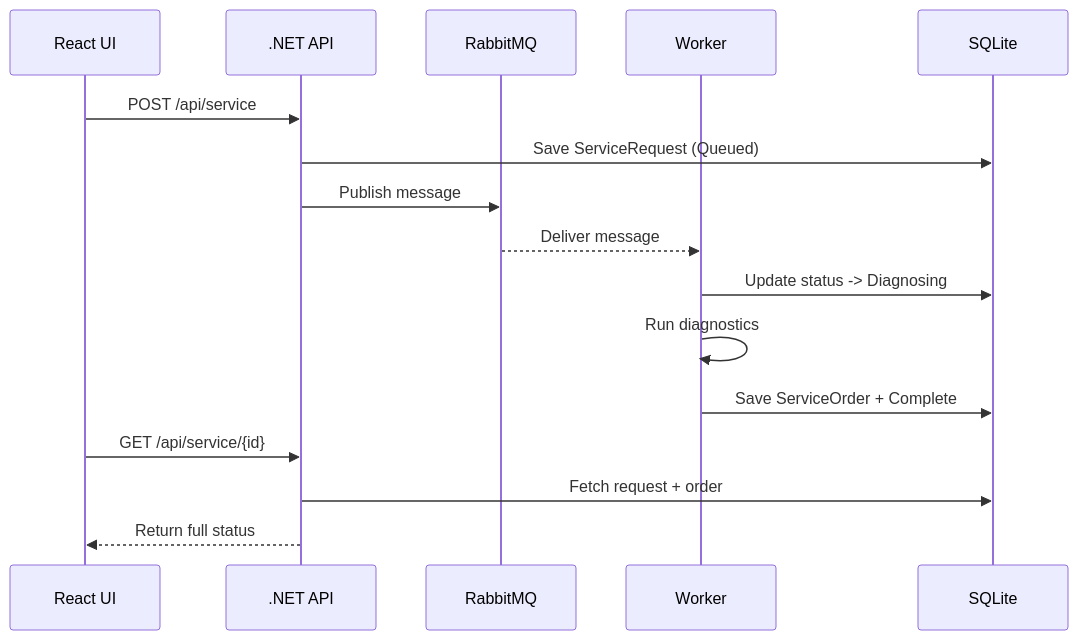
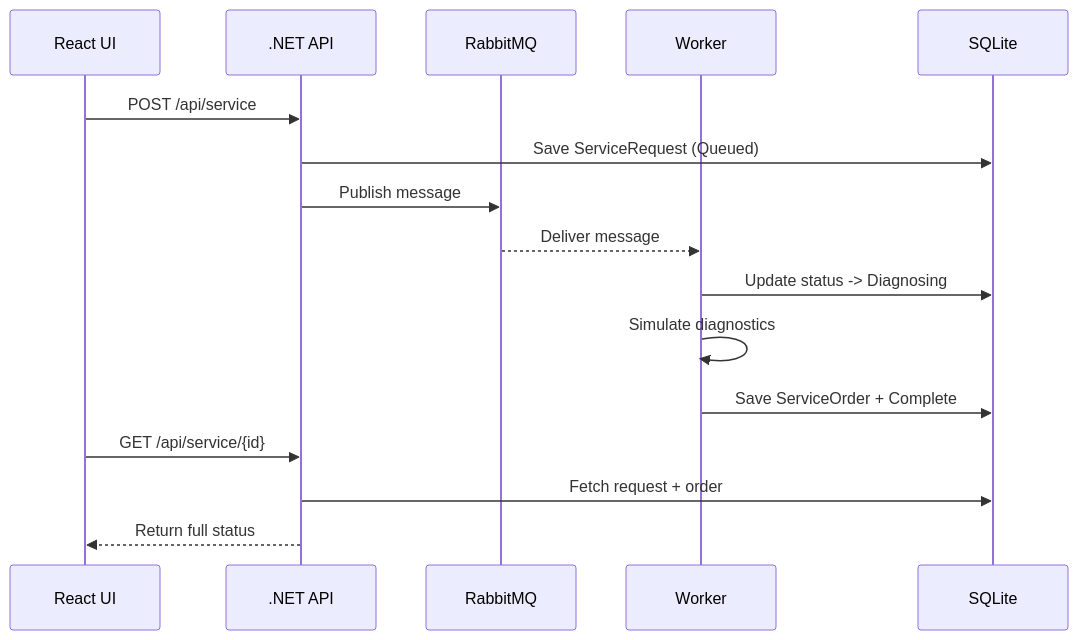
One commit to oms210/AutoPit changed the second of 2 diagrams in README.md. Above: the diagram before and after it, drawn with Mermaid. The commit also changed other lines of this file, not shown here.

````diff
--- a/README.md
+++ b/README.md
@@ -95,19 +56,19 @@
 ```mermaid
 sequenceDiagram
     participant UI as React UI
     participant API as .NET API
     participant MQ as RabbitMQ
     participant WK as Worker
     participant DB as SQLite
 
     UI->>API: POST /api/service
     API->>DB: Save ServiceRequest (Queued)
     API->>MQ: Publish message
     MQ-->>WK: Deliver message
     WK->>DB: Update status -> Diagnosing
-    WK->>WK: Run diagnostics
+    WK->>WK: Simulate diagnostics
     WK->>DB: Save ServiceOrder + Complete
     UI->>API: GET /api/service/{id}
     API->>DB: Fetch request + order
     API-->>UI: Return full status
 ```
````
